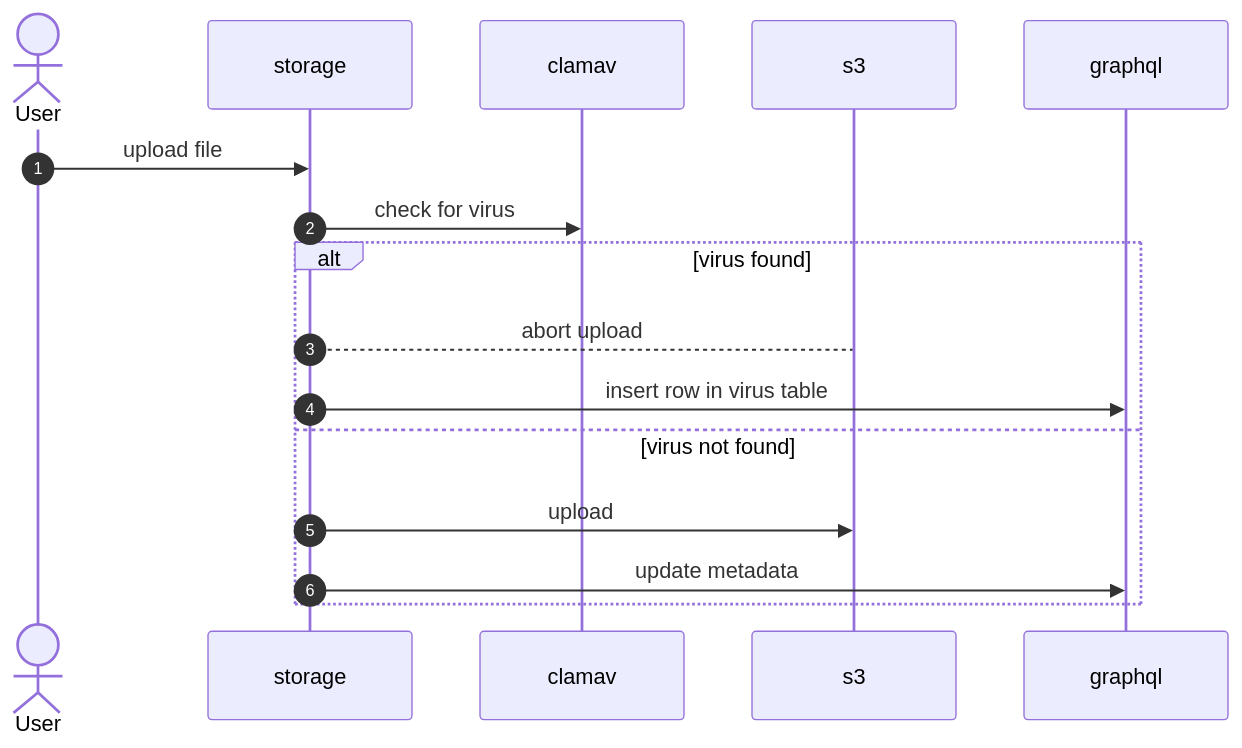
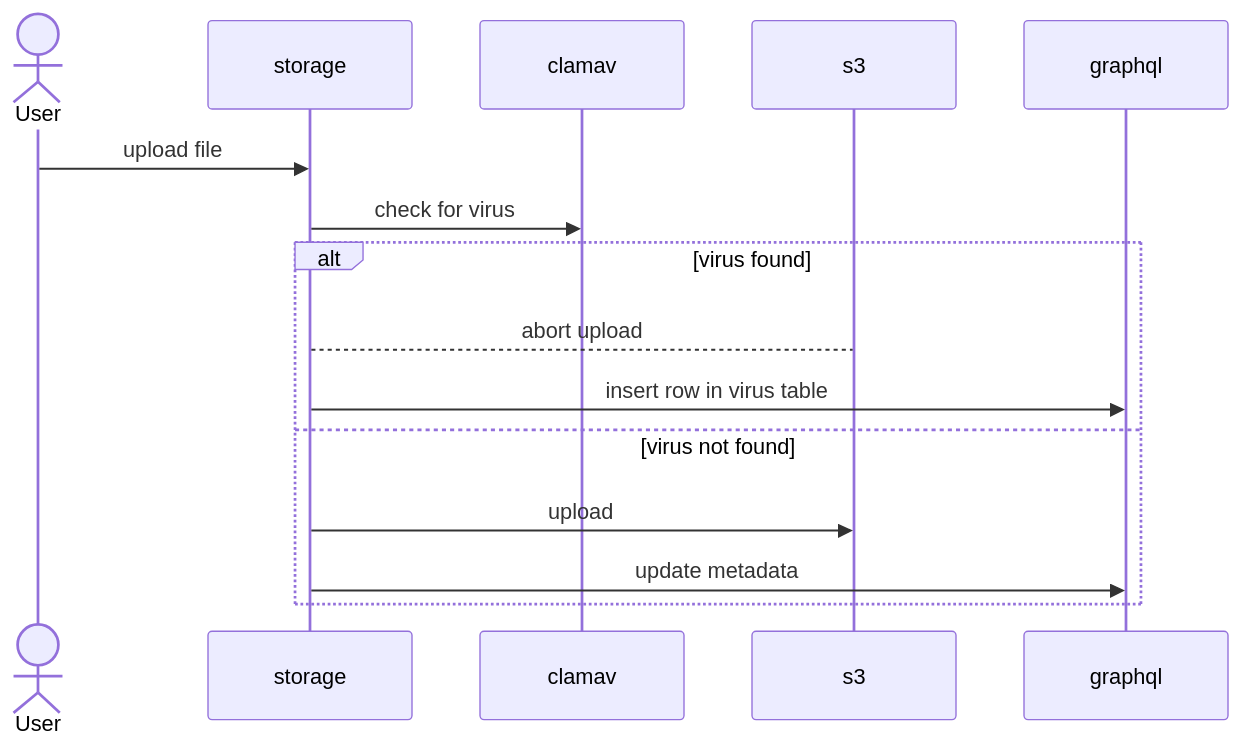
The third of 3 diagrams in README.md (nhost/hasura-storage), drawn with Mermaid before and after one commit.

````diff
--- a/README.md
+++ b/README.md
@@ -59,15 +59,14 @@
 ``` mermaid
 sequenceDiagram
     actor User
-    autonumber
     User ->> storage: upload file
     storage ->>clamav: check for virus
     alt virus found
         storage-->s3: abort upload
         storage->>graphql: insert row in virus table
     else virus not found
         storage->>s3: upload
         storage->>graphql: update metadata
     end
 
 ```
````
